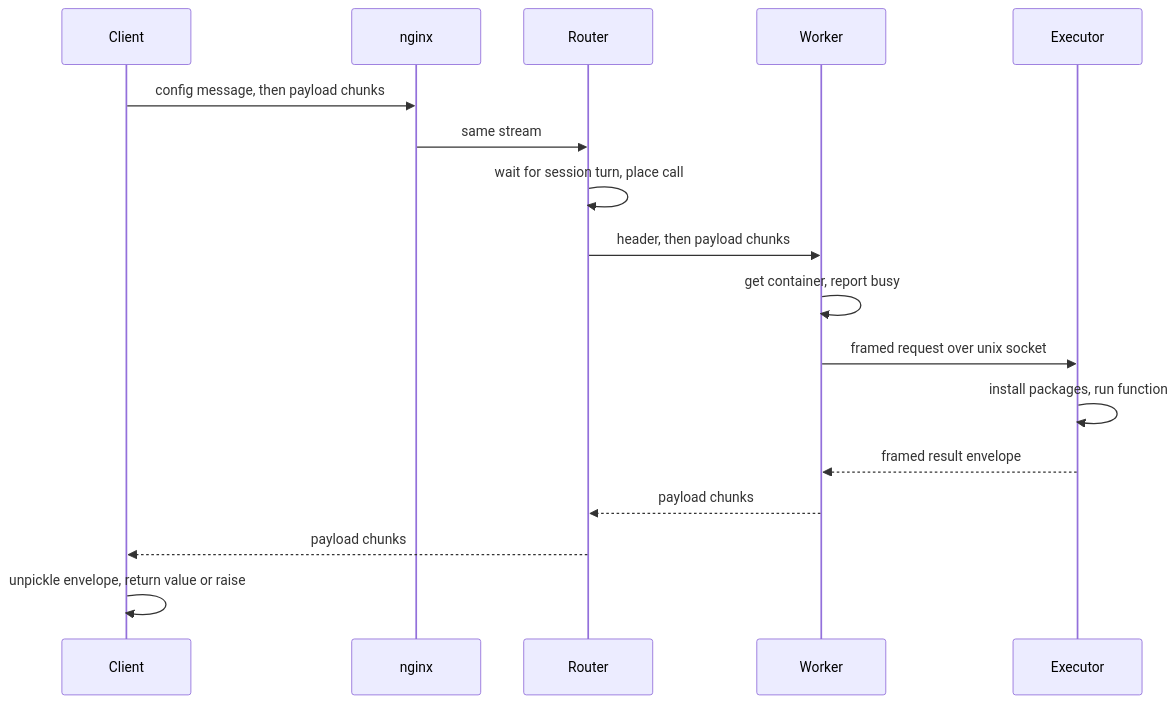
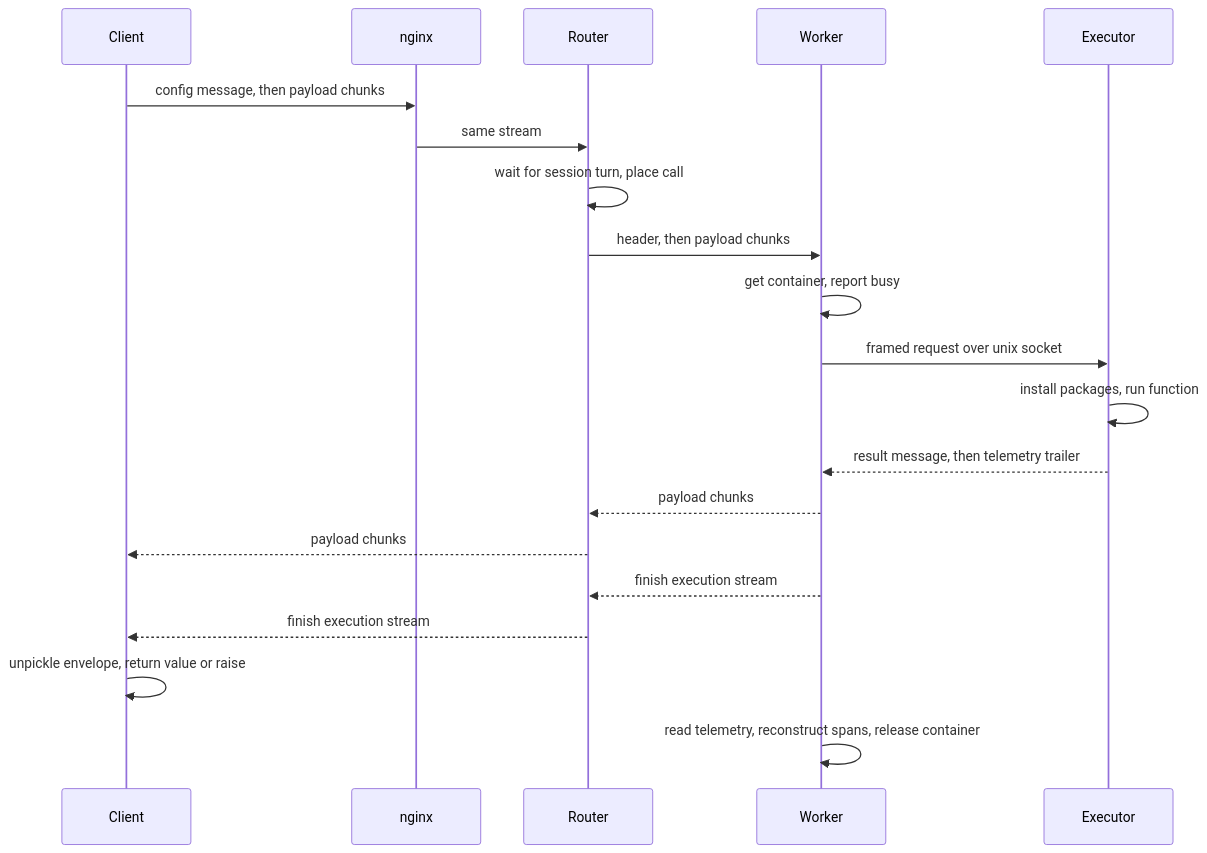
One commit to readie-project/readie changed the diagram in docs/docs/architecture/request-lifecycle.md. Above: the diagram before and after it, drawn with Mermaid. The commit also changed other lines of this file and 42 other files, not shown here.

````diff
--- a/docs/docs/architecture/request-lifecycle.md
+++ b/docs/docs/architecture/request-lifecycle.md
@@ -11,19 +11,22 @@
 ```mermaid
 sequenceDiagram
     participant C as Client
     participant N as nginx
     participant R as Router
     participant W as Worker
     participant E as Executor
     C->>N: config message, then payload chunks
     N->>R: same stream
     R->>R: wait for session turn, place call
     R->>W: header, then payload chunks
     W->>W: get container, report busy
     W->>E: framed request over unix socket
     E->>E: install packages, run function
-    E-->>W: framed result envelope
+    E-->>W: result message, then telemetry trailer
     W-->>R: payload chunks
     R-->>C: payload chunks
+    W-->>R: finish execution stream
+    R-->>C: finish execution stream
     C->>C: unpickle envelope, return value or raise
+    W->>W: read telemetry, reconstruct spans, release container
 ```
````
